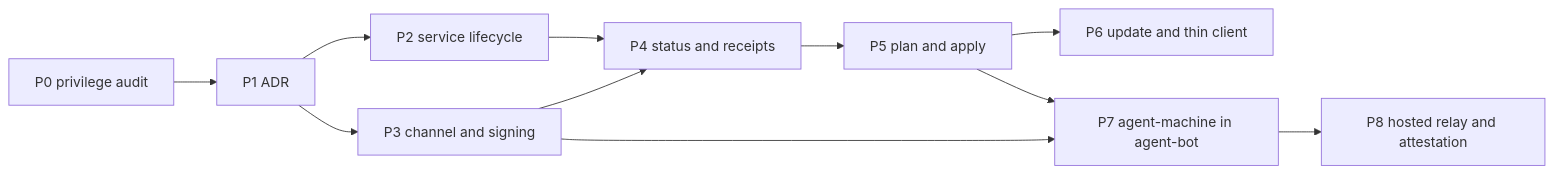
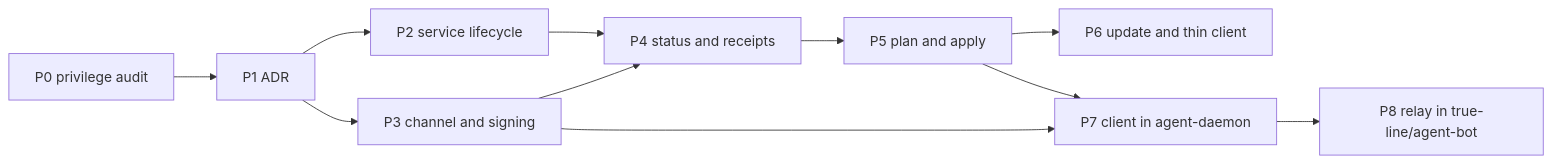
The second of 2 diagrams in docs/plans/machine-daemon.md (qwts/managed-machine), drawn with Mermaid before and after one commit. The commit also changed other lines of this file, not shown here.

First line of the commit message:
docs: agent-machine is the executor, agent-daemon is the client

````diff
--- a/docs/plans/machine-daemon.md
+++ b/docs/plans/machine-daemon.md
@@ -187,13 +203,13 @@
 ```mermaid
 flowchart LR
   P0[P0 privilege audit] --> P1[P1 ADR]
   P1 --> P2[P2 service lifecycle]
   P1 --> P3[P3 channel and signing]
   P2 --> P4[P4 status and receipts]
   P3 --> P4
   P4 --> P5[P5 plan and apply]
   P5 --> P6[P6 update and thin client]
-  P3 --> P7[P7 agent-machine in agent-bot]
+  P3 --> P7[P7 client in agent-daemon]
   P5 --> P7
-  P7 --> P8[P8 hosted relay and attestation]
+  P7 --> P8[P8 relay in true-line/agent-bot]
 ```
````
